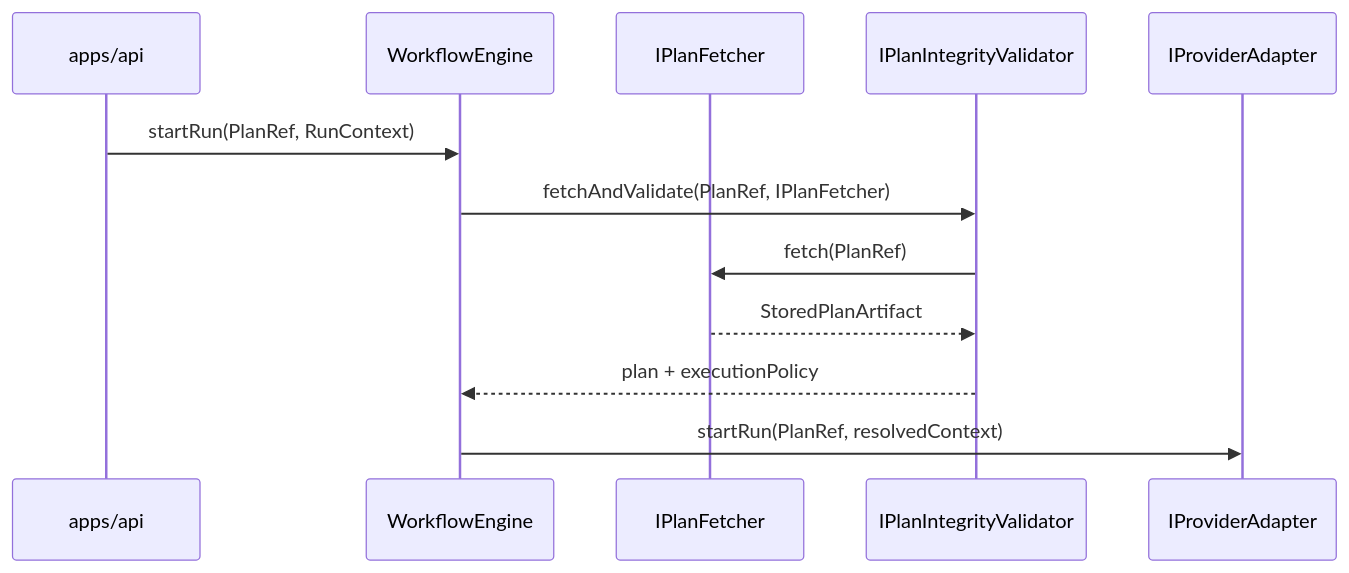
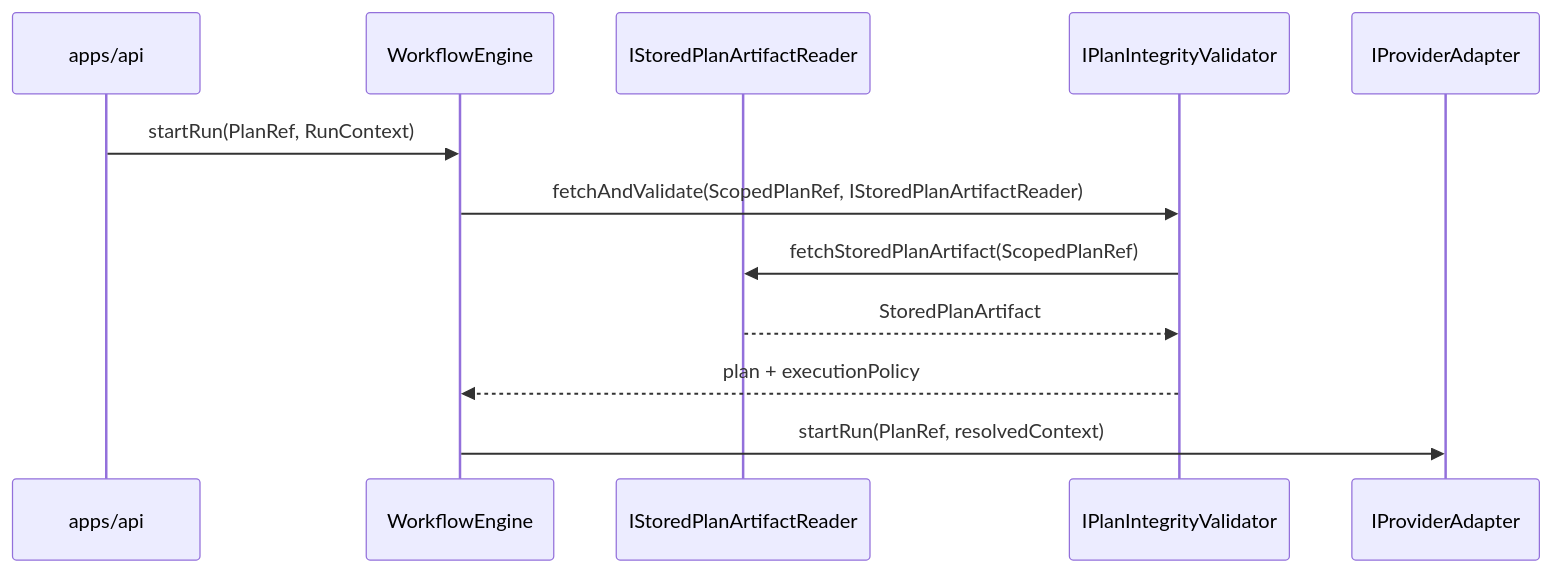
One commit to dunay2/dvt changed the second of 2 diagrams in docs/architecture/components/engine/architecture/workflow-engine-boundary-ownership-component.md. Above: the diagram before and after it, drawn with Mermaid. The commit also changed other lines of this file and 32 other files, not shown here.

Commit message:
docs(docs): Document scoped plan-store ownership

````diff
--- a/docs/architecture/components/engine/architecture/workflow-engine-boundary-ownership-component.md
+++ b/docs/architecture/components/engine/architecture/workflow-engine-boundary-ownership-component.md
@@ -95,15 +100,15 @@
 ```mermaid
 sequenceDiagram
   participant API as apps/api
   participant Engine as WorkflowEngine
-  participant PlanReader as IPlanFetcher
+  participant PlanReader as IStoredPlanArtifactReader
   participant Validator as IPlanIntegrityValidator
   participant Adapter as IProviderAdapter
 
   API->>Engine: startRun(PlanRef, RunContext)
-  Engine->>Validator: fetchAndValidate(PlanRef, IPlanFetcher)
-  Validator->>PlanReader: fetch(PlanRef)
+  Engine->>Validator: fetchAndValidate(ScopedPlanRef, IStoredPlanArtifactReader)
+  Validator->>PlanReader: fetchStoredPlanArtifact(ScopedPlanRef)
   PlanReader-->>Validator: StoredPlanArtifact
   Validator-->>Engine: plan + executionPolicy
   Engine->>Adapter: startRun(PlanRef, resolvedContext)
 ```
````
